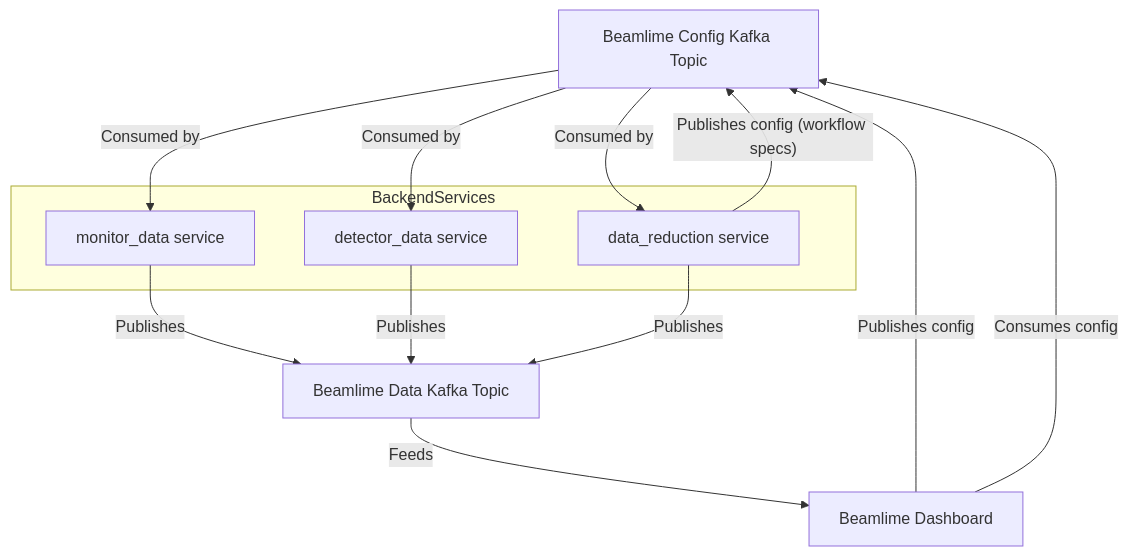
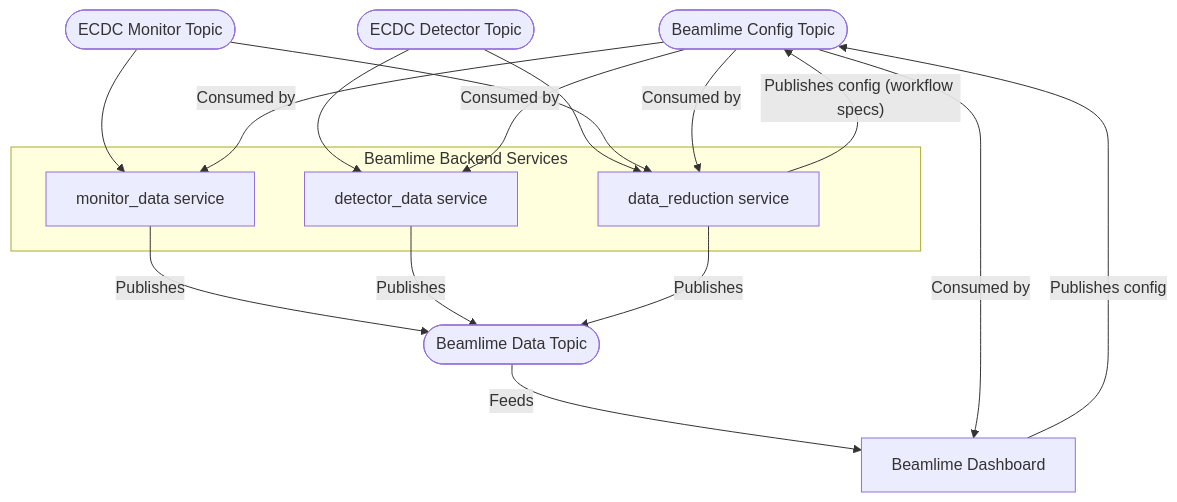
The first of 8 diagrams in docs/developer/design/dashboard-architecture.md (scipp/beamlime), drawn with Mermaid before and after one commit.

Commit message:
Add ECDC raw topics

````diff
--- a/docs/developer/design/dashboard-architecture.md
+++ b/docs/developer/design/dashboard-architecture.md
@@ -26,31 +26,37 @@
 ```mermaid
 flowchart TD
-    ConfigTopic["Beamlime Config Kafka Topic"]
-    DataTopic["Beamlime Data Kafka Topic"]
+    ConfigTopic(["Beamlime Config Topic"])
+    DataTopic(["Beamlime Data Topic"])
+    DetectorTopic(["ECDC Detector Topic"])
+    MonitorTopic(["ECDC Monitor Topic"])
 
-    subgraph BackendServices
+    subgraph "Beamlime Backend Services"
         MonitorData["monitor_data service"]
         DetectorData["detector_data service"]
         DataReduction["data_reduction service"]
     end
 
     DashboardApp["Beamlime Dashboard"]
+
+    %% Raw data from ECDC topics
+    DetectorTopic --> DetectorData
+    MonitorTopic --> MonitorData
+    DetectorTopic --> DataReduction
+    MonitorTopic --> DataReduction
 
     %% Data publishing
     MonitorData -- Publishes --> DataTopic
     DetectorData -- Publishes --> DataTopic
     DataReduction -- Publishes --> DataTopic
 
     %% Data consumption by dashboard
     DataTopic -- Feeds --> DashboardApp
 
     %% Config flows
-    DashboardApp -- Publishes config --> ConfigTopic
-    DashboardApp -- Consumes config --> ConfigTopic
-
     ConfigTopic -- Consumed by --> MonitorData
     ConfigTopic -- Consumed by --> DetectorData
     ConfigTopic -- Consumed by --> DataReduction
-
+    ConfigTopic -- Consumed by --> DashboardApp
+    DashboardApp -- Publishes config --> ConfigTopic
     DataReduction -- Publishes config (workflow specs) --> ConfigTopic
 ```
````
